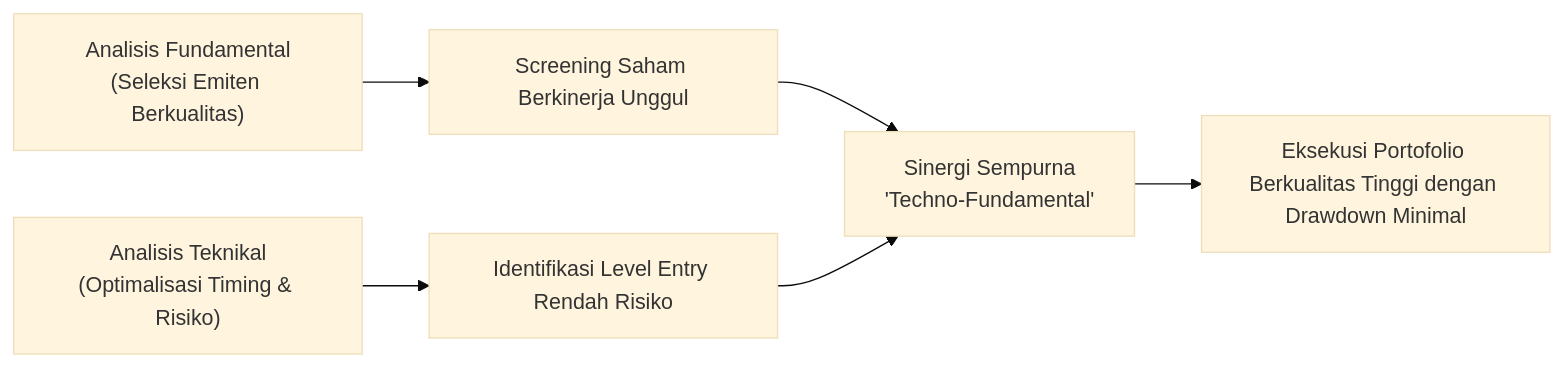
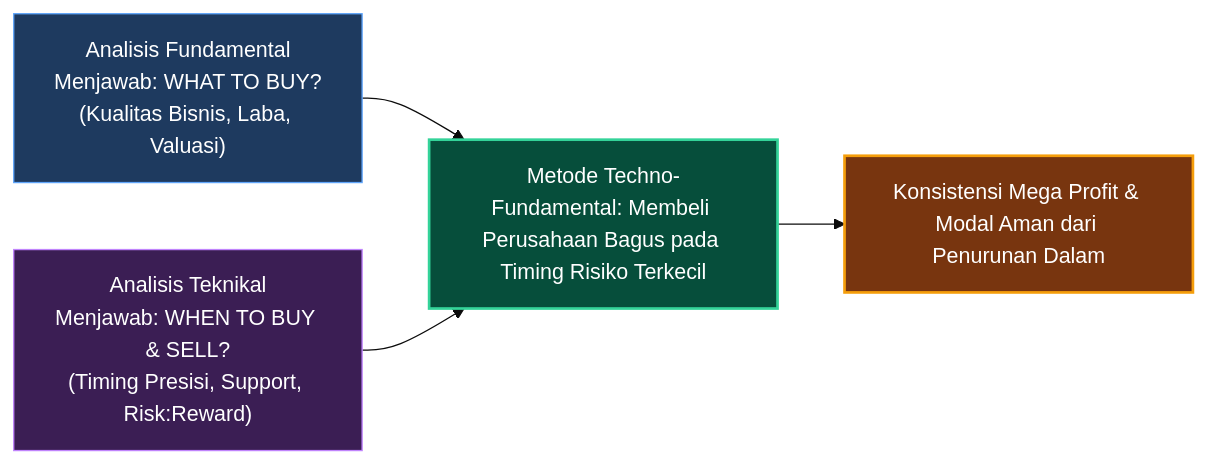
One commit to AlulCode45/Trading-Learning-Path changed the third of 4 diagrams in docs/edianto-ong/01-pengenalan-technical-analysis.md. Above: the diagram before and after it, drawn with Mermaid (base theme). The commit also changed other lines of this file and 29 other files, not shown here.

Commit message:
docs(edianto-ong): upgrade all 29 chapters with beginner analogies, diagrams, step-by-step guides, and case studies

````diff
--- a/docs/edianto-ong/01-pengenalan-technical-analysis.md
+++ b/docs/edianto-ong/01-pengenalan-technical-analysis.md
@@ -86,8 +121,14 @@
 ```mermaid
 flowchart LR
-    FA["Analisis Fundamental<br/>(Seleksi Emiten Berkualitas)"] --> Filter["Screening Saham Berkinerja Unggul"]
-    Filter --> Synergy["Sinergi Sempurna<br/>'Techno-Fundamental'"]
-    TA["Analisis Teknikal<br/>(Optimalisasi Timing & Risiko)"] --> Timing["Identifikasi Level Entry Rendah Risiko"]
-    Timing --> Synergy
-    Synergy --> Alpha["Eksekusi Portofolio Berkualitas Tinggi dengan Drawdown Minimal"]
+    FA["Analisis Fundamental<br/>Menjawab: WHAT TO BUY?<br/>(Kualitas Bisnis, Laba, Valuasi)"]
+    TA["Analisis Teknikal<br/>Menjawab: WHEN TO BUY & SELL?<br/>(Timing Presisi, Support, Risk:Reward)"]
+
+    FA --> Synergy["Metode Techno-Fundamental: Membeli Perusahaan Bagus pada Timing Risiko Terkecil"]
+    TA --> Synergy
+    Synergy --> MegaProfit["Konsistensi Mega Profit & Modal Aman dari Penurunan Dalam"]
+
+    style FA fill:#1e3a5f,stroke:#60a5fa,color:#ffffff
+    style TA fill:#3b1e54,stroke:#c084fc,color:#ffffff
+    style Synergy fill:#064e3b,stroke:#34d399,stroke-width:2px,color:#ffffff
+    style MegaProfit fill:#78350f,stroke:#f59e0b,stroke-width:2px,color:#ffffff
 ```
````
